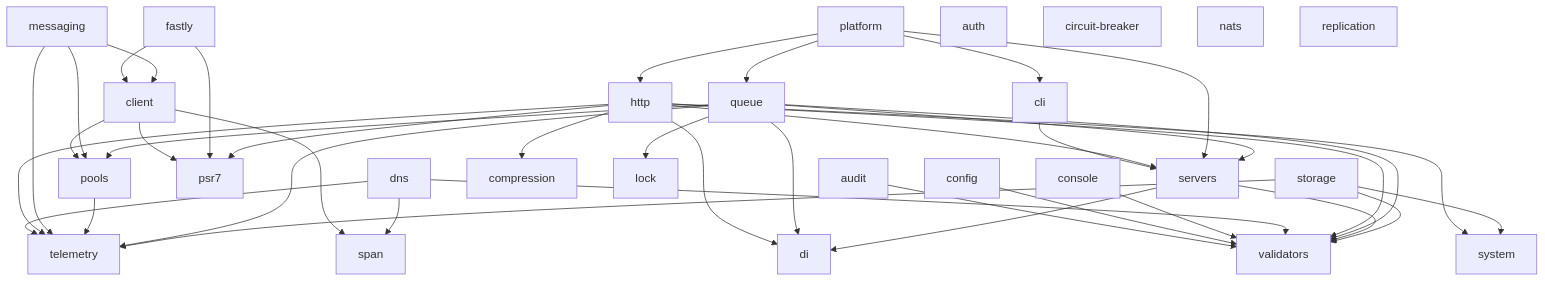
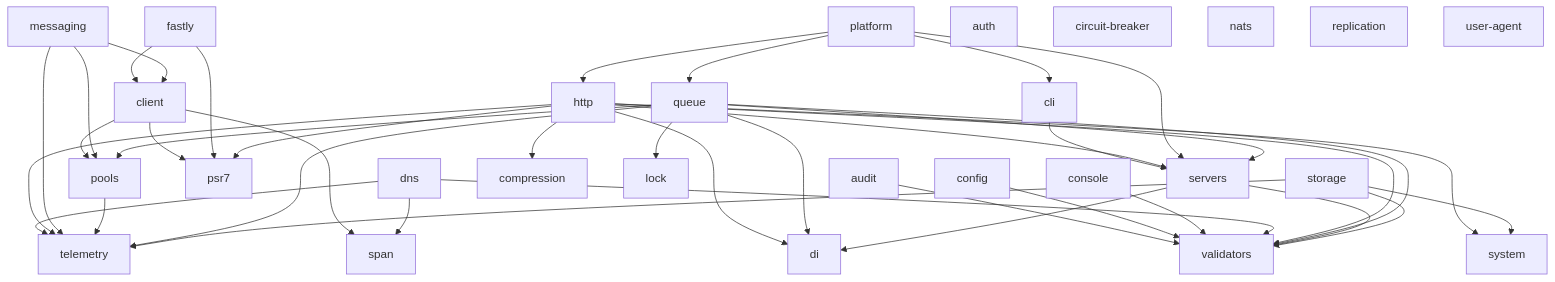
The diagram in README.md (utopia-php/monorepo), drawn with Mermaid before and after one commit. The commit also changed 24 other files, not shown here.

Commit message:
feat(user-agent): add fast user-agent detector

````diff
--- a/README.md
+++ b/README.md
@@ -48,45 +48,46 @@
 ```mermaid
 graph TD
     audit --> validators
     cli --> servers
     client --> pools
     client --> psr7
     client --> span
     config --> validators
     console --> validators
     dns --> span
     dns --> telemetry
     dns --> validators
     fastly --> client
     fastly --> psr7
     http --> di
     http --> servers
     http --> compression
     http --> psr7
     http --> telemetry
     http --> validators
     http --> system
     messaging --> client
     messaging --> pools
     messaging --> telemetry
     platform --> cli
     platform --> http
     platform --> queue
     platform --> servers
     pools --> telemetry
     queue --> di
     queue --> lock
     queue --> servers
     queue --> pools
     queue --> telemetry
     queue --> validators
     servers --> di
     servers --> validators
     storage --> system
     storage --> telemetry
     storage --> validators
     auth
     circuit-breaker
     nats
     replication
+    user-agent
 ```
````
